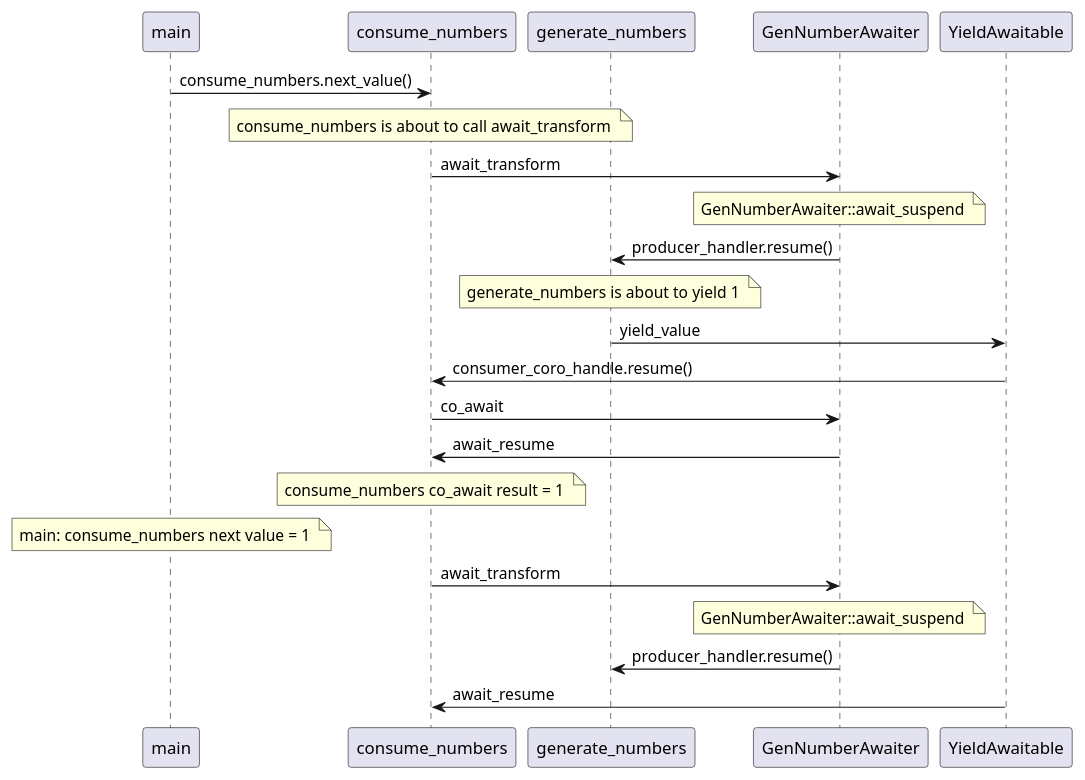
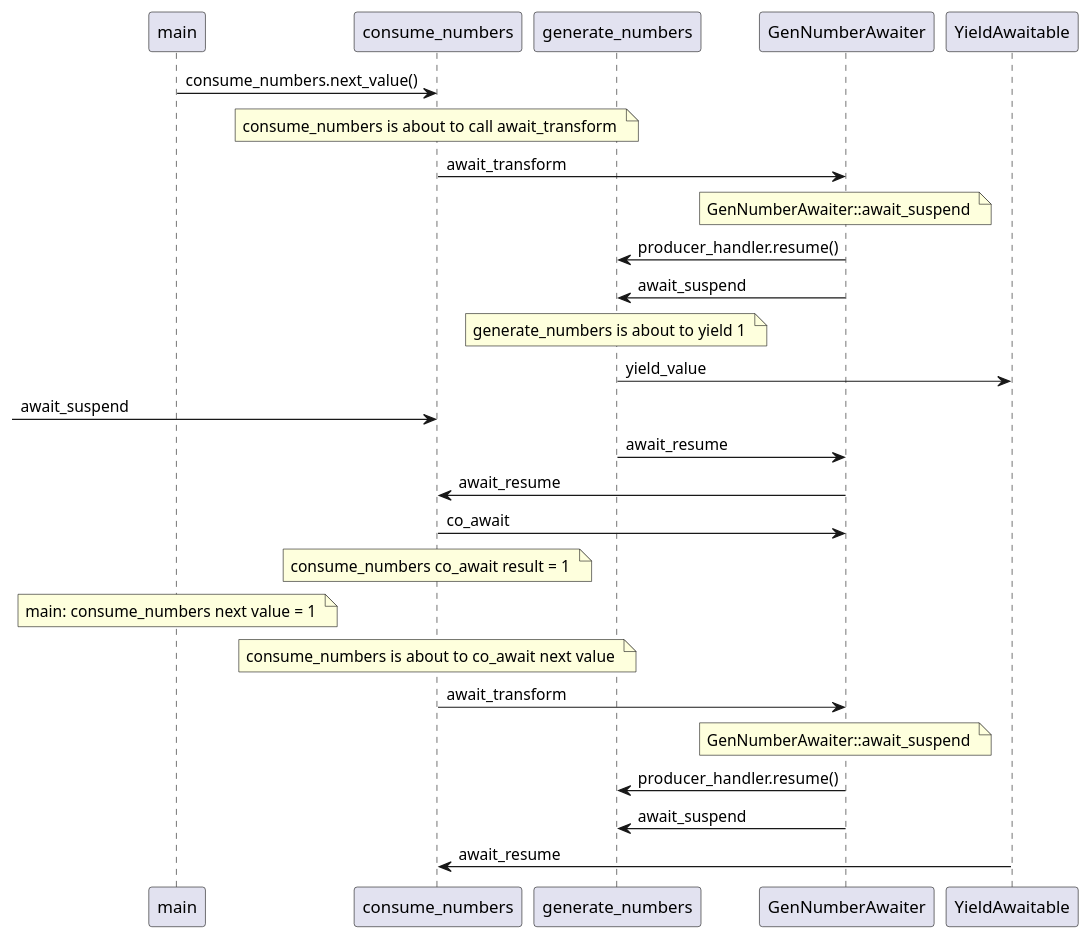
The diagram in coro_fizz.puml (Celthi/coro20), drawn with PlantUML before and after one commit. The commit also changed 2 other files, not shown here.

```diff
--- a/coro_fizz.puml
+++ b/coro_fizz.puml
@@ -1,41 +1,48 @@
 @startuml
 participant main
 participant consume_numbers
 participant generate_numbers
 participant GenNumberAwaiter
 participant YieldAwaitable
 main -> consume_numbers : consume_numbers.next_value()
 note over consume_numbers
 consume_numbers is about to call await_transform 
 end note
 
 consume_numbers -> GenNumberAwaiter : await_transform
 note over GenNumberAwaiter
 GenNumberAwaiter::await_suspend 
 end note
 
 GenNumberAwaiter -> generate_numbers : producer_handler.resume()
+GenNumberAwaiter -> generate_numbers : await_suspend
 note over generate_numbers
 generate_numbers is about to yield 1 
 end note
 
 generate_numbers -> YieldAwaitable : yield_value
-YieldAwaitable -> consume_numbers : consumer_coro_handle.resume()
+ -> consume_numbers : await_suspend
+generate_numbers -> GenNumberAwaiter : await_resume
+GenNumberAwaiter -> consume_numbers : await_resume
 consume_numbers -> GenNumberAwaiter : co_await
-GenNumberAwaiter -> consume_numbers : await_resume
 note over consume_numbers
 consume_numbers co_await result = 1 
 end note
 
 note over main
 main: consume_numbers next value = 1 
 end note
 
+note over consume_numbers
+consume_numbers is about to co_await next value 
+end note
+
 consume_numbers -> GenNumberAwaiter : await_transform
 note over GenNumberAwaiter
 GenNumberAwaiter::await_suspend 
 end note
 
 GenNumberAwaiter -> generate_numbers : producer_handler.resume()
+GenNumberAwaiter -> generate_numbers : await_suspend
 YieldAwaitable -> consume_numbers : await_resume
 @enduml
```
